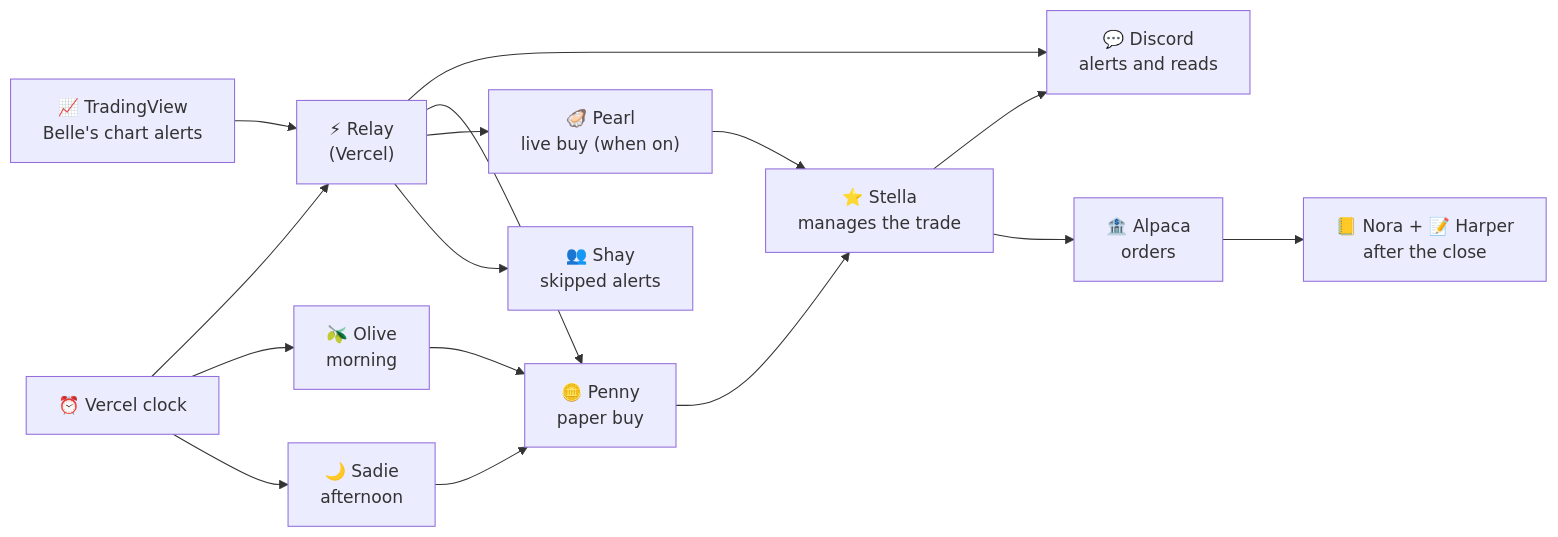
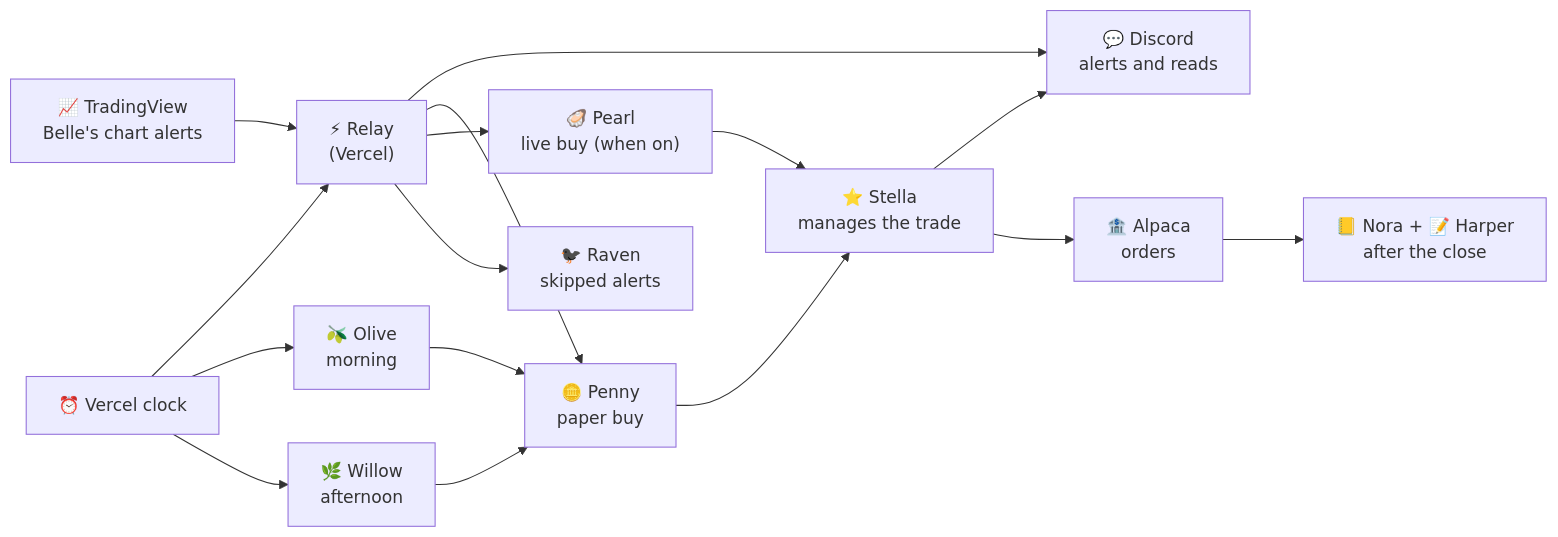
Before and after one commit to thetrinmillenia/belle-backtest: the diagram in README.md, drawn with Mermaid. The commit also changed other lines of this file, not shown here.

````diff
--- a/README.md
+++ b/README.md
@@ -27,18 +27,18 @@
 ```mermaid
 flowchart LR
     TV["📈 TradingView<br/>Belle's chart alerts"] --> R["⚡ Relay<br/>(Vercel)"]
     VC["⏰ Vercel clock"] --> R
     R --> D["💬 Discord<br/>alerts and reads"]
     R --> P["🪙 Penny<br/>paper buy"]
     R --> PL["🦪 Pearl<br/>live buy (when on)"]
-    R --> SH["👥 Shay<br/>skipped alerts"]
+    R --> SH["🐦‍⬛ Raven<br/>skipped alerts"]
     VC --> O["🫒 Olive<br/>morning"]
-    VC --> S["🌙 Sadie<br/>afternoon"]
+    VC --> S["🌿 Willow<br/>afternoon"]
     O --> P
     S --> P
     P --> ST["⭐ Stella<br/>manages the trade"]
     PL --> ST
     ST --> D
     ST --> A["🏦 Alpaca<br/>orders"]
     A --> N["📒 Nora + 📝 Harper<br/>after the close"]
 ```
````
